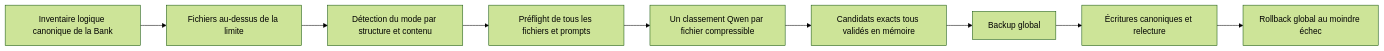
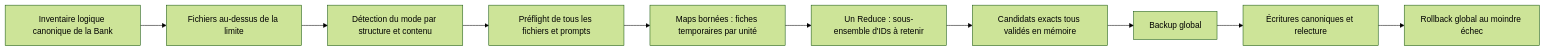
The diagram in DESIGN/live-mem/COMPACTION_EXTRACTIVE_V2_8.md (Cloud-Temple/live-memory), drawn with Mermaid (forest theme) before and after one commit. The commit also changed other lines of this file and 9 other files, not shown here.

````diff
--- a/DESIGN/live-mem/COMPACTION_EXTRACTIVE_V2_8.md
+++ b/DESIGN/live-mem/COMPACTION_EXTRACTIVE_V2_8.md
@@ -23,11 +23,12 @@
 ```mermaid
 flowchart LR
     A["Inventaire logique canonique de la Bank"] --> B["Fichiers au-dessus de la limite"]
     B --> C["Détection du mode par structure et contenu"]
     C --> D["Préflight de tous les fichiers et prompts"]
-    D --> E["Un classement Qwen par fichier compressible"]
-    E --> F["Candidats exacts tous validés en mémoire"]
-    F --> G["Backup global"]
-    G --> H["Écritures canoniques et relecture"]
-    H --> I["Rollback global au moindre échec"]
+    D --> E["Maps bornées : fiches temporaires par unité"]
+    E --> F["Un Reduce : sous-ensemble d'IDs à retenir"]
+    F --> G["Candidats exacts tous validés en mémoire"]
+    G --> H["Backup global"]
+    H --> I["Écritures canoniques et relecture"]
+    I --> J["Rollback global au moindre échec"]
 ```
````
